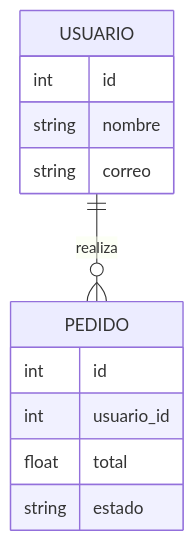
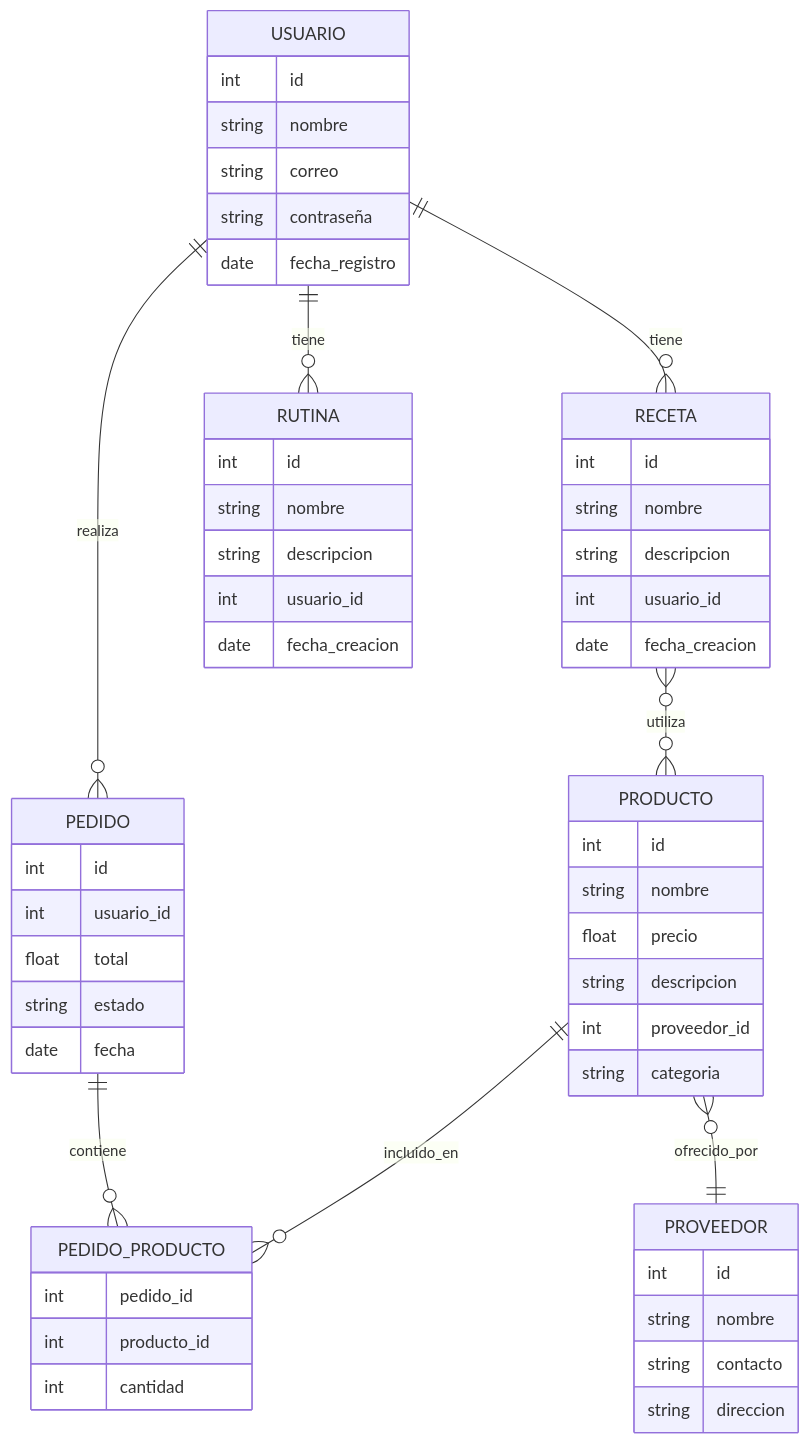
Before and after one commit to naya865/demoprojectdocs: the diagram in templates/espanol/database-schema-template-es.md, drawn with Mermaid. The commit also changed other lines of this file and 2 other files, not shown here.

````diff
--- a/templates/espanol/database-schema-template-es.md
+++ b/templates/espanol/database-schema-template-es.md
@@ -9,15 +25,58 @@
 ```mermaid
 erDiagram
   USUARIO {
     int id
     string nombre
     string correo
+    string contraseña
+    date fecha_registro
+  }
+  RECETA {
+    int id
+    string nombre
+    string descripcion
+    int usuario_id
+    date fecha_creacion
+  }
+  RUTINA {
+    int id
+    string nombre
+    string descripcion
+    int usuario_id
+    date fecha_creacion
+  }
+  PRODUCTO {
+    int id
+    string nombre
+    float precio
+    string descripcion
+    int proveedor_id
+    string categoria
+  }
+  PROVEEDOR {
+    int id
+    string nombre
+    string contacto
+    string direccion
   }
   PEDIDO {
     int id
     int usuario_id
     float total
     string estado
+    date fecha
   }
+  PEDIDO_PRODUCTO {
+    int pedido_id
+    int producto_id
+    int cantidad
+  }
+
+  USUARIO ||--o{ RECETA : tiene
+  USUARIO ||--o{ RUTINA : tiene
   USUARIO ||--o{ PEDIDO : realiza
+  PEDIDO ||--o{ PEDIDO_PRODUCTO : contiene
+  PRODUCTO ||--o{ PEDIDO_PRODUCTO : incluido_en
+  PRODUCTO }o--|| PROVEEDOR : ofrecido_por
+  RECETA }o--o{ PRODUCTO : utiliza
 ```
````
